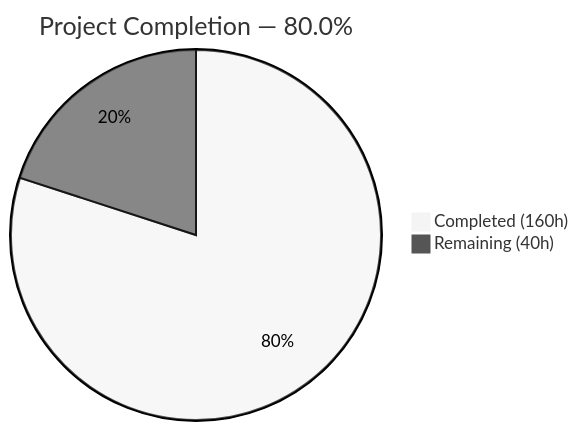
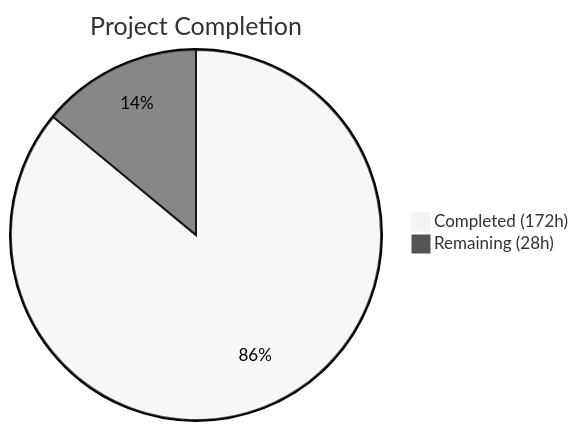
The first of 2 diagrams in blitzy/documentation/Project Guide.md (Blitzy-Sandbox/blitzy-SplendidCRM), drawn with Mermaid (neutral theme) before and after one commit. The commit also changed other lines of this file, not shown here.

Commit message:
Adding Blitzy Project Guide: Project Status and Human Tasks Remaining

````diff
--- a/blitzy/documentation/Project Guide.md
+++ b/blitzy/documentation/Project Guide.md
@@ -13,5 +13,5 @@
 ```mermaid
-pie title Project Completion — 80.0%
-    "Completed (160h)" : 160
-    "Remaining (40h)" : 40
+pie title Project Completion
+    "Completed (172h)" : 172
+    "Remaining (28h)" : 28
 ```
````
